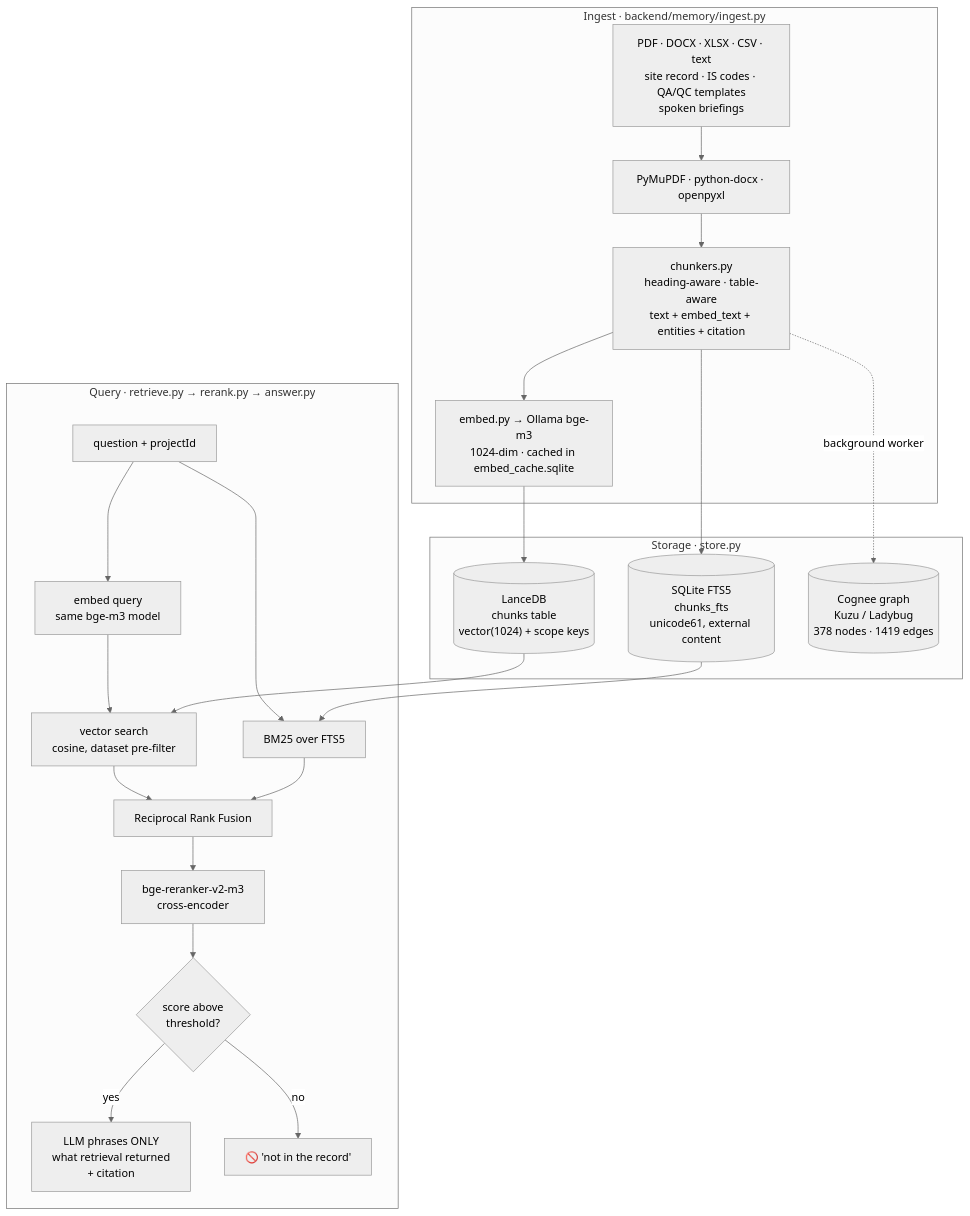
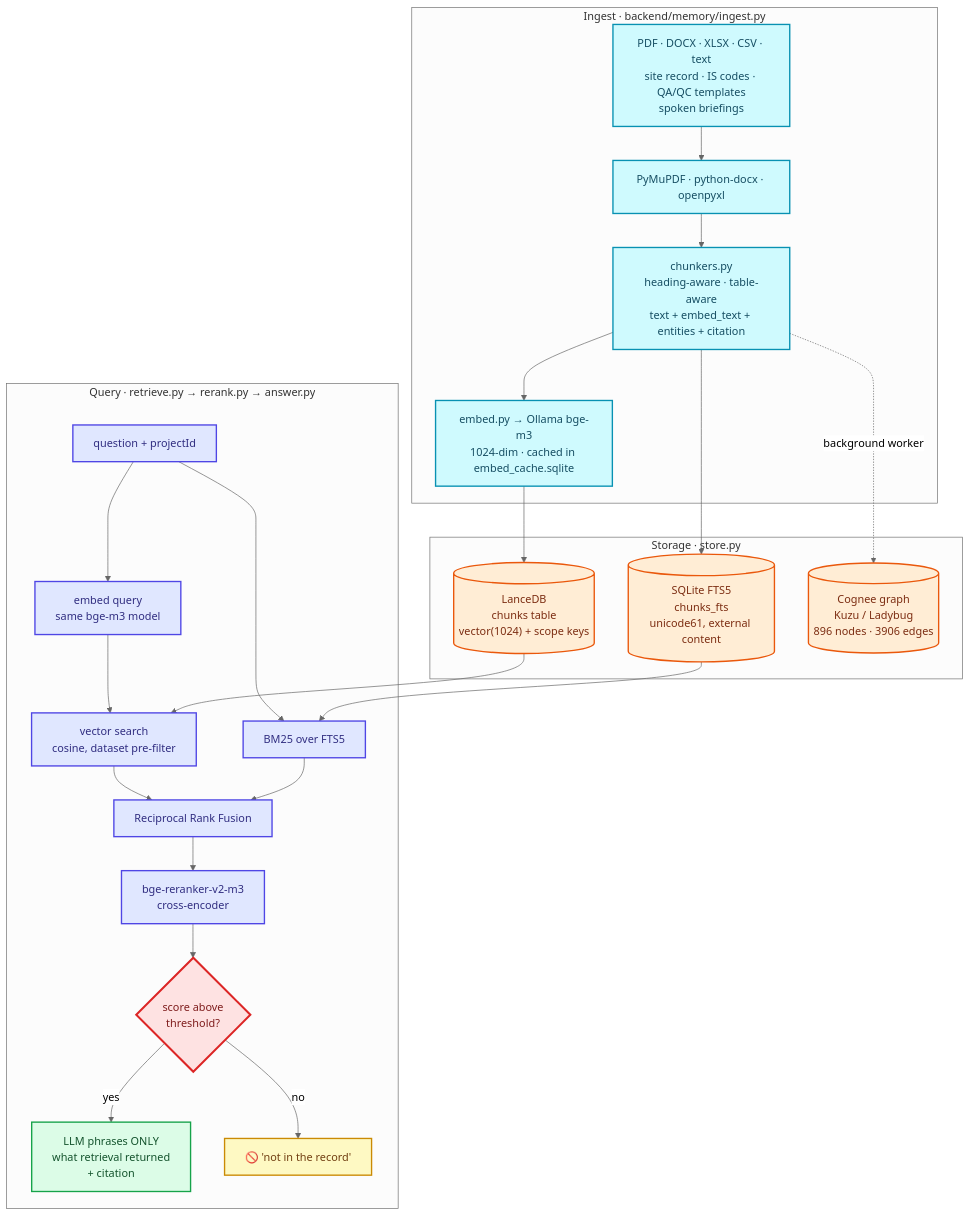
The third of 3 diagrams in README.md (atharvavdeo/vesper-ai), drawn with Mermaid (neutral theme) before and after one commit. The commit also changed other lines of this file and 1 other file, not shown here.

Commit message:
Rewrote the README opening as one end to end feature list and coloured the architecture diagrams

````diff
--- a/README.md
+++ b/README.md
@@ -319,38 +386,52 @@
 ```mermaid
 flowchart TB
     subgraph ing["Ingest · backend/memory/ingest.py"]
         SRC["PDF · DOCX · XLSX · CSV · text<br/>site record · IS codes · QA/QC templates<br/>spoken briefings"]
         PARSE["PyMuPDF · python-docx · openpyxl"]
         CH["chunkers.py<br/>heading-aware · table-aware<br/>text + embed_text + entities + citation"]
         EMB["embed.py → Ollama bge-m3<br/>1024-dim · cached in embed_cache.sqlite"]
         SRC --> PARSE --> CH --> EMB
     end
 
     subgraph st["Storage · store.py"]
         LV[("LanceDB<br/>chunks table<br/>vector(1024) + scope keys")]
         FT[("SQLite FTS5<br/>chunks_fts<br/>unicode61, external content")]
-        KG[("Cognee graph<br/>Kuzu / Ladybug<br/>378 nodes · 1419 edges")]
+        KG[("Cognee graph<br/>Kuzu / Ladybug<br/>896 nodes · 3906 edges")]
     end
 
     subgraph ret["Query · retrieve.py → rerank.py → answer.py"]
         Q["question + projectId"]
         QE["embed query<br/>same bge-m3 model"]
         VS["vector search<br/>cosine, dataset pre-filter"]
         BM["BM25 over FTS5"]
         RRF["Reciprocal Rank Fusion"]
         RR["bge-reranker-v2-m3<br/>cross-encoder"]
         AB{"score above<br/>threshold?"}
         ANS["LLM phrases ONLY<br/>what retrieval returned<br/>+ citation"]
         NO["🚫 'not in the record'"]
     end
 
+    classDef ingest fill:#cffafe,stroke:#0891b2,color:#164e63,stroke-width:2px
+    classDef storec fill:#ffedd5,stroke:#ea580c,color:#7c2d12,stroke-width:2px
+    classDef query fill:#e0e7ff,stroke:#4f46e5,color:#312e81,stroke-width:2px
+    classDef gate fill:#fee2e2,stroke:#dc2626,color:#7f1d1d,stroke-width:3px
+    classDef good fill:#dcfce7,stroke:#16a34a,color:#14532d,stroke-width:2px
+    classDef refuse fill:#fef9c3,stroke:#ca8a04,color:#713f12,stroke-width:2px
+
     EMB --> LV
     CH --> FT
     CH -.->|"background worker"| KG
     Q --> QE --> VS --> RRF
     Q --> BM --> RRF --> RR --> AB
     AB -->|yes| ANS
     AB -->|no| NO
     LV --> VS
     FT --> BM
+
+    class SRC,PARSE,CH,EMB ingest
+    class LV,FT,KG storec
+    class Q,QE,VS,BM,RRF,RR query
+    class AB gate
+    class ANS good
+    class NO refuse
 ```
````
